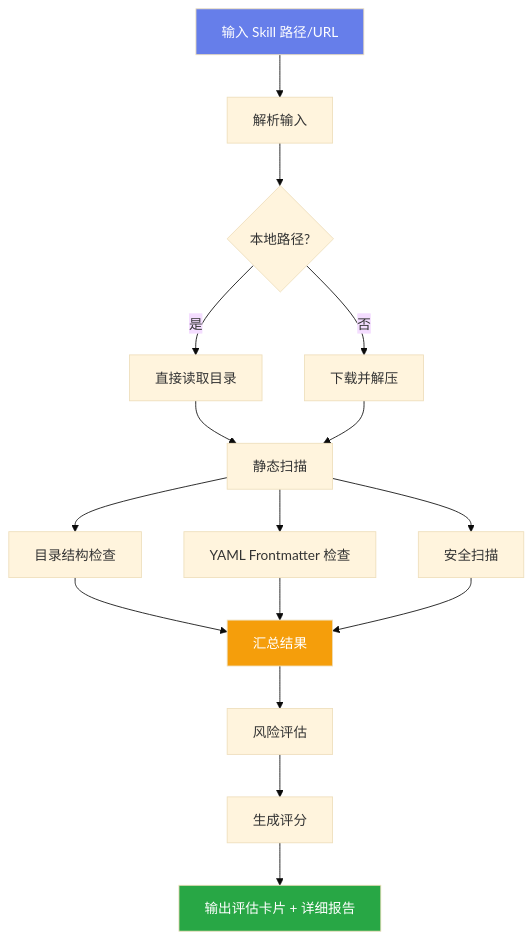
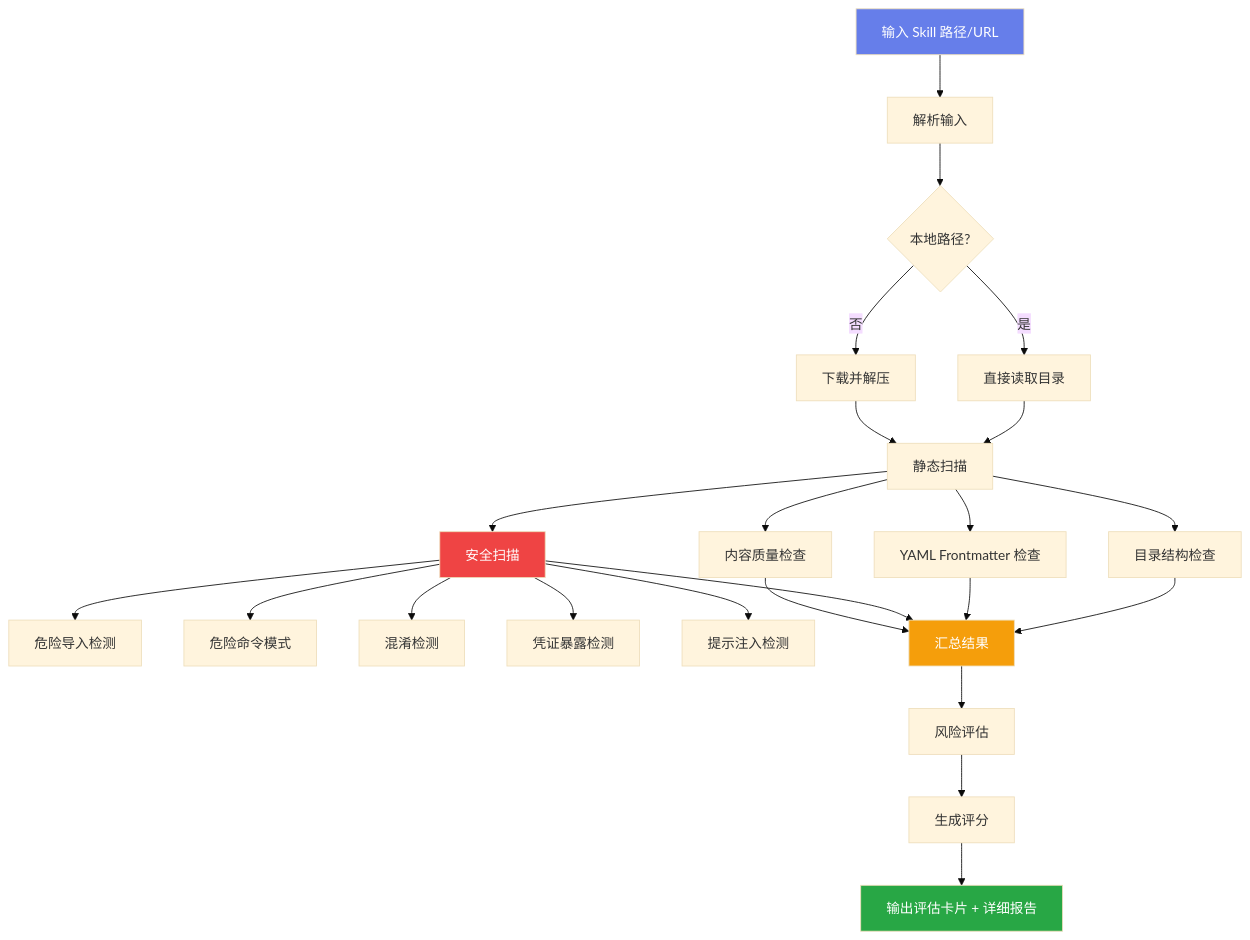
Before and after one commit to yinyanwen1979/skill-evaluator: the diagram in README.md, drawn with Mermaid (base theme).

Commit message:
Add content quality check and expand security scan details

````diff
--- a/README.md
+++ b/README.md
@@ -62,25 +62,34 @@
 ```mermaid
 flowchart TD
     A[输入 Skill 路径/URL] --> B[解析输入]
     B --> C{本地路径?}
     C -->|是| D[直接读取目录]
     C -->|否| E[下载并解压]
     D --> F
     E --> F
     
     F[静态扫描] --> G[目录结构检查]
     F --> H[YAML Frontmatter 检查]
     F --> I[安全扫描]
+    F --> J[内容质量检查]
     
-    G --> J[汇总结果]
-    H --> J
-    I --> J
+    I --> I1[危险导入检测]
+    I --> I2[危险命令模式]
+    I --> I3[混淆检测]
+    I --> I4[凭证暴露检测]
+    I --> I5[提示注入检测]
     
-    J --> K[风险评估]
-    K --> L[生成评分]
-    L --> M[输出评估卡片 + 详细报告]
+    G --> K[汇总结果]
+    H --> K
+    I --> K
+    J --> K
+    
+    K --> L[风险评估]
+    L --> M[生成评分]
+    M --> N[输出评估卡片 + 详细报告]
     
     style A fill:#667eea,color:#fff
-    style M fill:#28a745,color:#fff
-    style J fill:#f59e0b,color:#fff
+    style N fill:#28a745,color:#fff
+    style K fill:#f59e0b,color:#fff
+    style I fill:#ef4444,color:#fff
 ```
````
